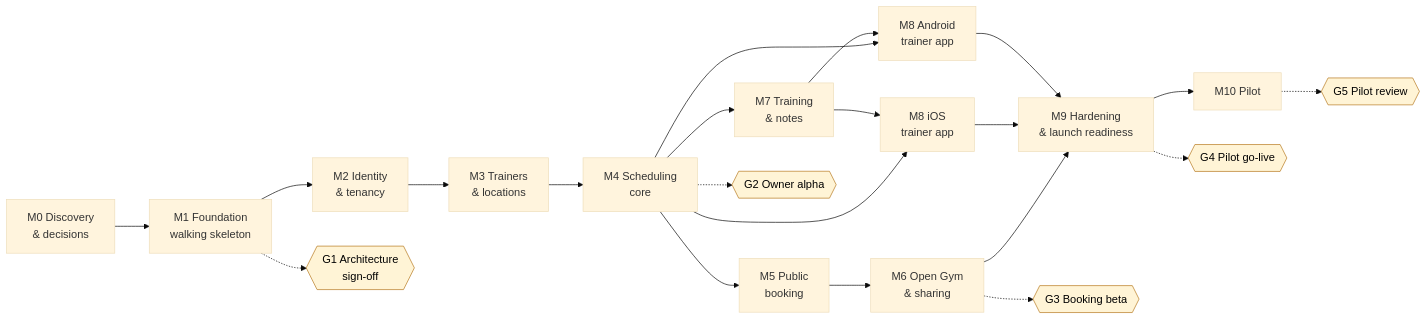
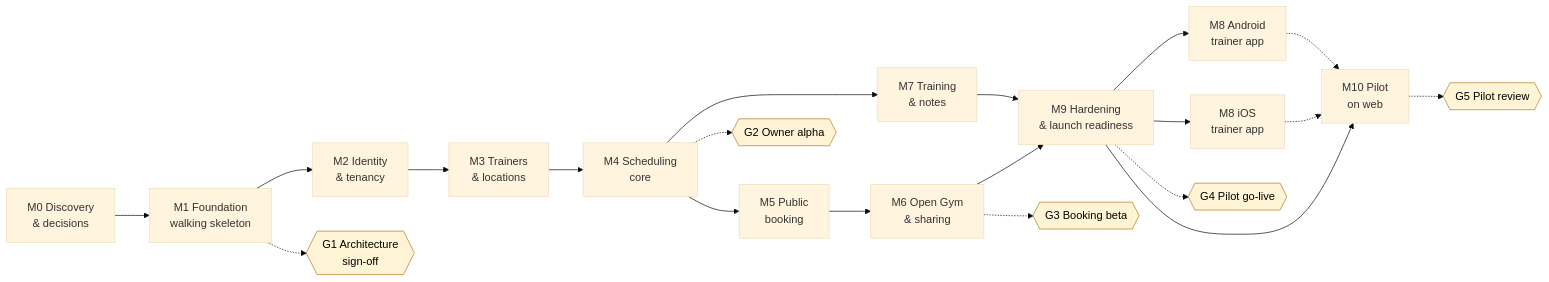
The first of 2 diagrams in docs/product/ROADMAP.md (fivvi-app/fivvi), drawn with Mermaid (base theme) before and after one commit. The commit also changed other lines of this file and 1 other file, not shown here.

First line of the commit message:
docs(M10): go live on the web first; native trainer apps after G4

````diff
--- a/docs/product/ROADMAP.md
+++ b/docs/product/ROADMAP.md
@@ -82,31 +82,30 @@
 ```mermaid
 flowchart LR
   M0[M0 Discovery<br/>& decisions] --> M1[M1 Foundation<br/>walking skeleton]
   M1 --> M2[M2 Identity<br/>& tenancy]
   M2 --> M3[M3 Trainers<br/>& locations]
   M3 --> M4[M4 Scheduling<br/>core]
   M4 --> M5[M5 Public<br/>booking]
   M5 --> M6[M6 Open Gym<br/>& sharing]
   M4 --> M7[M7 Training<br/>& notes]
-  M4 --> M8i[M8 iOS<br/>trainer app]
-  M4 --> M8a[M8 Android<br/>trainer app]
-  M7 --> M8i
-  M7 --> M8a
   M6 --> M9[M9 Hardening<br/>& launch readiness]
-  M8i --> M9
-  M8a --> M9
-  M9 --> M10[M10 Pilot]
+  M7 --> M9
+  M9 --> M10[M10 Pilot<br/>on web]
+  M9 --> M8i[M8 iOS<br/>trainer app]
+  M9 --> M8a[M8 Android<br/>trainer app]
+  M8i -.-> M10
+  M8a -.-> M10
 
   G1{{G1 Architecture<br/>sign-off}}:::gate
   G2{{G2 Owner alpha}}:::gate
   G3{{G3 Booking beta}}:::gate
   G4{{G4 Pilot go-live}}:::gate
   G5{{G5 Pilot review}}:::gate
   M1 -.-> G1
   M4 -.-> G2
   M6 -.-> G3
   M9 -.-> G4
   M10 -.-> G5
 
   classDef gate fill:#fff4d6,stroke:#b7791f,color:#000;
 ```
````
